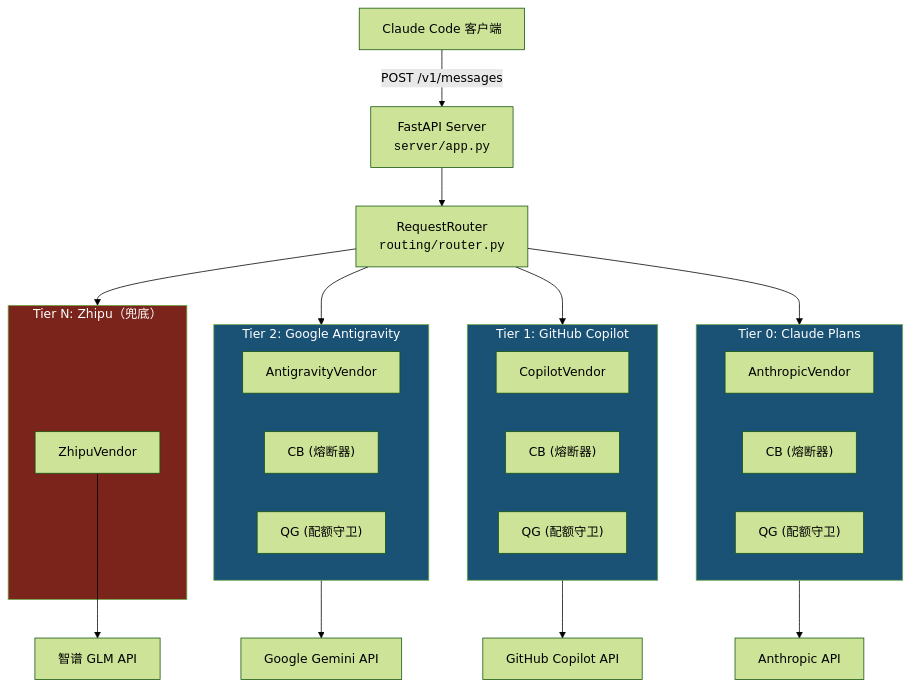
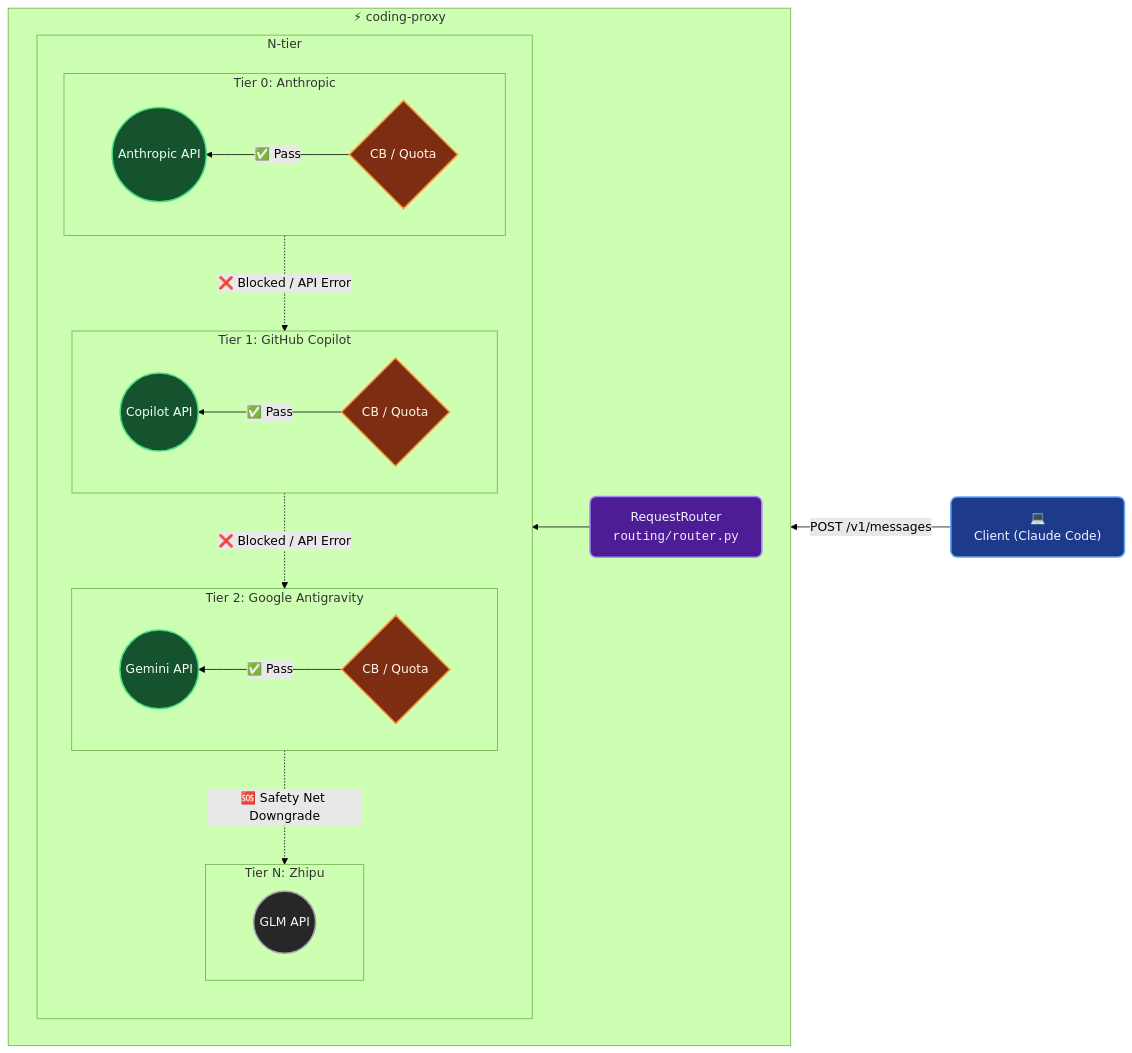
The diagram in docs/zh-CN/README.md (ThreeFish-AI/coding-proxy), drawn with Mermaid (forest theme) before and after one commit. The commit also changed 1 other file, not shown here.

Commit message:
docs(readme): 中文版架构图同步升级 + 英文表格排版微调;
🤖 Generated with [Claude Code](https://github.com/claude), [CodeX](https://openai.com), [Gemini](https://github.com/apps/gemini-code-assist)

````diff
--- a/docs/zh-CN/README.md
+++ b/docs/zh-CN/README.md
@@ -93,49 +93,50 @@
 ```mermaid
-graph TD
-    Client["Claude Code 客户端"]
-    Server["FastAPI Server<br/><code>server/app.py</code>"]
-    Router["RequestRouter<br/><code>routing/router.py</code>"]
+graph RL
+    %% 样式定义 (支持明暗双色模式的高对比色彩)
+    classDef client fill:#1E3A8A,stroke:#60A5FA,stroke-width:2px,color:#EFF6FF,rx:8,ry:8
+    classDef router fill:#4C1D95,stroke:#A78BFA,stroke-width:2px,color:#F5F3FF,rx:8,ry:8
+    classDef gateway fill:#7C2D12,stroke:#FB923C,stroke-width:2px,color:#FFF7ED
+    classDef api fill:#14532D,stroke:#4ADE80,stroke-width:2px,color:#F0FDF4
+    classDef fallback fill:#27272A,stroke:#A1A1AA,stroke-width:2px,color:#F4F4F5
 
-    Client -->|"POST /v1/messages"| Server
-    Server --> Router
+    Client["💻<br/>Client (Claude Code)"]:::client
 
-    Router --> T0
-    Router --> T1
-    Router --> T2
-    Router --> TN
+    subgraph CodingProxy["⚡ coding-proxy"]
+        direction RL
+        
+        Router["RequestRouter<br/><code>routing/router.py</code>"]:::router
 
-    subgraph T0["Tier 0: Claude Plans"]
-        direction LR
-        A_VE["AnthropicVendor"]
-        A_CB["CB (熔断器)"]
-        A_QG["QG (配额守卫)"]
-    end
+        Router -->NTier
 
-    subgraph T1["Tier 1: GitHub Copilot"]
-        direction LR
-        C_VE["CopilotVendor"]
-        C_CB["CB (熔断器)"]
-        C_QG["QG (配额守卫)"]
-    end
+        subgraph NTier["N-tier"]
+            direction TB
 
-    subgraph T2["Tier 2: Google Antigravity"]
-        direction LR
-        G_VE["AntigravityVendor"]
-        G_CB["CB (熔断器)"]
-        G_QG["QG (配额守卫)"]
-    end
+            subgraph Tier0 ["Tier 0: Anthropic"]
+                direction RL
+                G0{"CB / Quota"}:::gateway -- "✅ Pass" --> API0(("Anthropic API")):::api
+            end
 
-    subgraph TN["Tier N: Zhipu（兜底）"]
-        Z_VE["ZhipuVendor"]
-    end
+            subgraph Tier1 ["Tier 1: GitHub Copilot"]
+                direction RL
+                G1{"CB / Quota"}:::gateway -- "✅ Pass" --> API1(("Copilot API")):::api
+            end
 
-    A_VE --> API_A["Anthropic API"]
-    C_VE --> API_C["GitHub Copilot API"]
-    G_VE --> API_G["Google Gemini API"]
-    Z_VE --> API_Z["智谱 GLM API"]
+            subgraph Tier2 ["Tier 2: Google Antigravity"]
+                direction RL
+                G2{"CB / Quota"}:::gateway -- "✅ Pass" --> API2(("Gemini API")):::api
+            end
 
-    style T0 fill:#1a5276,color:#fff
-    style T1 fill:#1a5276,color:#fff
-    style T2 fill:#1a5276,color:#fff
-    style TN fill:#7b241c,color:#fff
+            subgraph TierN ["Tier N: Zhipu"]
+                direction RL
+                APIN(("GLM API")):::fallback
+            end
+
+            Tier0 -. "❌ Blocked / API Error" .-> Tier1
+            Tier1 -. "❌ Blocked / API Error" .-> Tier2
+            Tier2 -. "🆘 Safety Net Downgrade" .-> TierN
+        end
+
+    end    
+
+    Client -->|"POST /v1/messages"| CodingProxy
 ```
````
